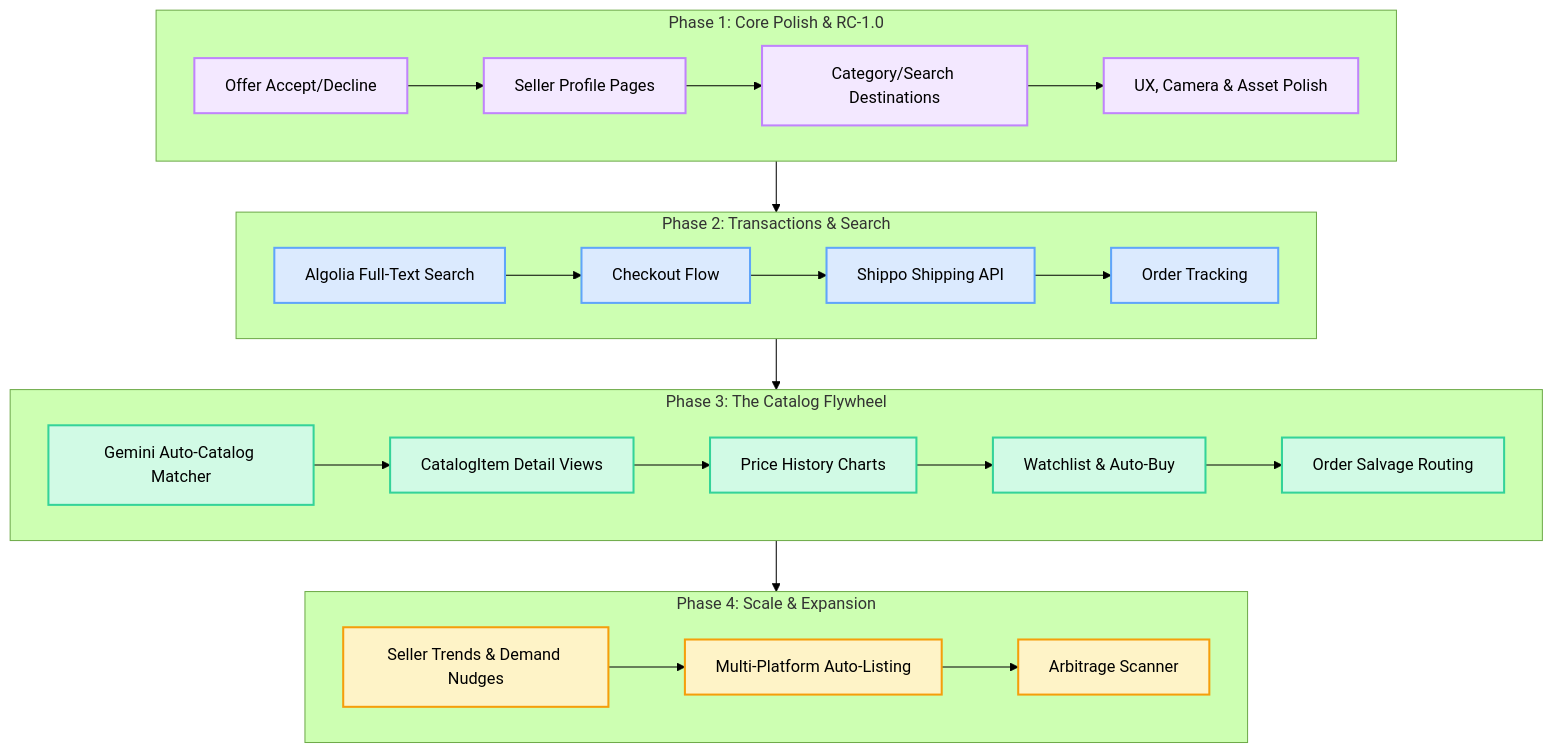
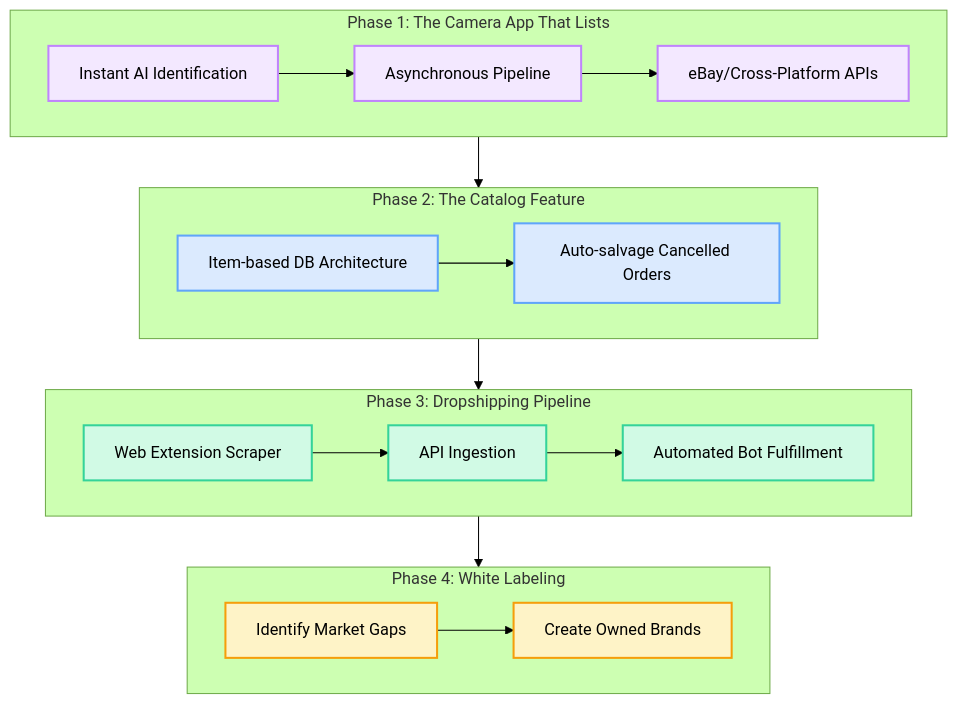
The diagram in README.md (jerrashi/wonni), drawn with Mermaid (forest theme) before and after one commit. The commit also changed other lines of this file, not shown here.

Commit message:
Update product roadmap and feature status in README

````diff
--- a/README.md
+++ b/README.md
@@ -228,44 +236,38 @@
 ```mermaid
 graph TD
-    %% Phase 1: Core Polish
-    subgraph P1 [Phase 1: Core Polish & RC-1.0]
-        A[Offer Accept/Decline] --> B[Seller Profile Pages]
-        B --> C[Category/Search Destinations]
-        C --> D[UX, Camera & Asset Polish]
+    %% Phase 1
+    subgraph P1 [Phase 1: The Camera App That Lists]
+        A[Instant AI Identification] --> B[Asynchronous Pipeline]
+        B --> C[eBay/Cross-Platform APIs]
     end
 
-    %% Phase 2: Transactions & Search
-    subgraph P2 [Phase 2: Transactions & Search]
-        E[Algolia Full-Text Search] --> F[Checkout Flow]
-        F --> G[Shippo Shipping API]
-        G --> H[Order Tracking]
+    %% Phase 2
+    subgraph P2 [Phase 2: The Catalog Feature]
+        D[Item-based DB Architecture] --> E[Auto-salvage Cancelled Orders]
     end
 
-    %% Phase 3: The Item Catalog Flywheel
-    subgraph P3 [Phase 3: The Catalog Flywheel]
-        I[Gemini Auto-Catalog Matcher] --> J[CatalogItem Detail Views]
-        J --> K[Price History Charts]
-        K --> L[Watchlist & Auto-Buy]
-        L --> M[Order Salvage Routing]
+    %% Phase 3
+    subgraph P3 [Phase 3: Dropshipping Pipeline]
+        F[Web Extension Scraper] --> G[API Ingestion]
+        G --> H[Automated Bot Fulfillment]
     end
 
-    %% Phase 4: Scale & Wishlist
-    subgraph P4 [Phase 4: Scale & Expansion]
-        N[Seller Trends & Demand Nudges] --> O[Multi-Platform Auto-Listing]
-        O --> P[Arbitrage Scanner]
+    %% Phase 4
+    subgraph P4 [Phase 4: White Labeling]
+        I[Identify Market Gaps] --> J[Create Owned Brands]
     end
 
     P1 --> P2
     P2 --> P3
     P3 --> P4
 
     classDef phase1 fill:#F3E8FF,stroke:#C084FC,stroke-width:2px;
     classDef phase2 fill:#DBEAFE,stroke:#60A5FA,stroke-width:2px;
     classDef phase3 fill:#D1FAE5,stroke:#34D399,stroke-width:2px;
     classDef phase4 fill:#FEF3C7,stroke:#F59E0B,stroke-width:2px;
 
-    class A,B,C,D phase1;
-    class E,F,G,H phase2;
-    class I,J,K,L,M phase3;
-    class N,O,P phase4;
+    class A,B,C phase1;
+    class D,E phase2;
+    class F,G,H phase3;
+    class I,J phase4;
 ```
````
